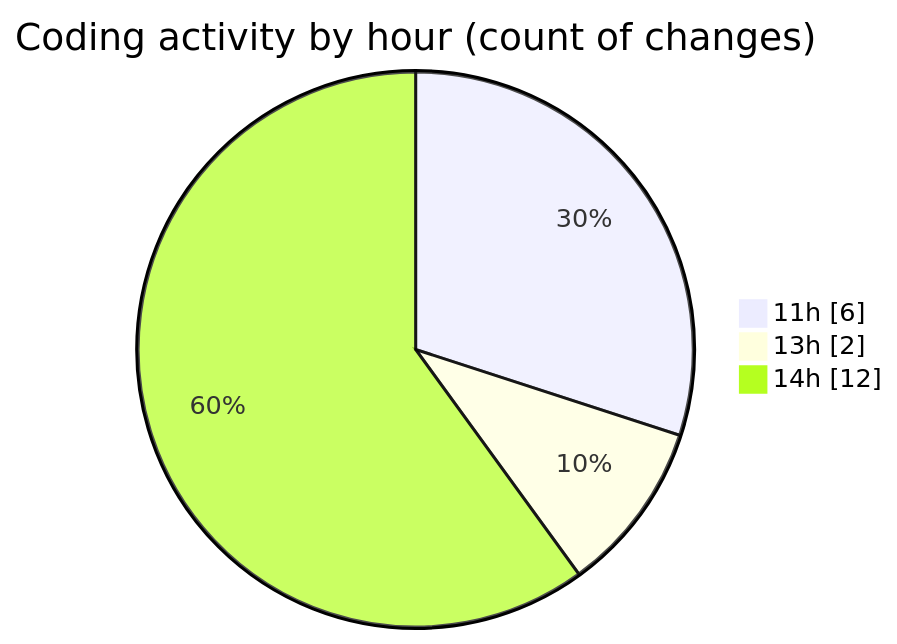
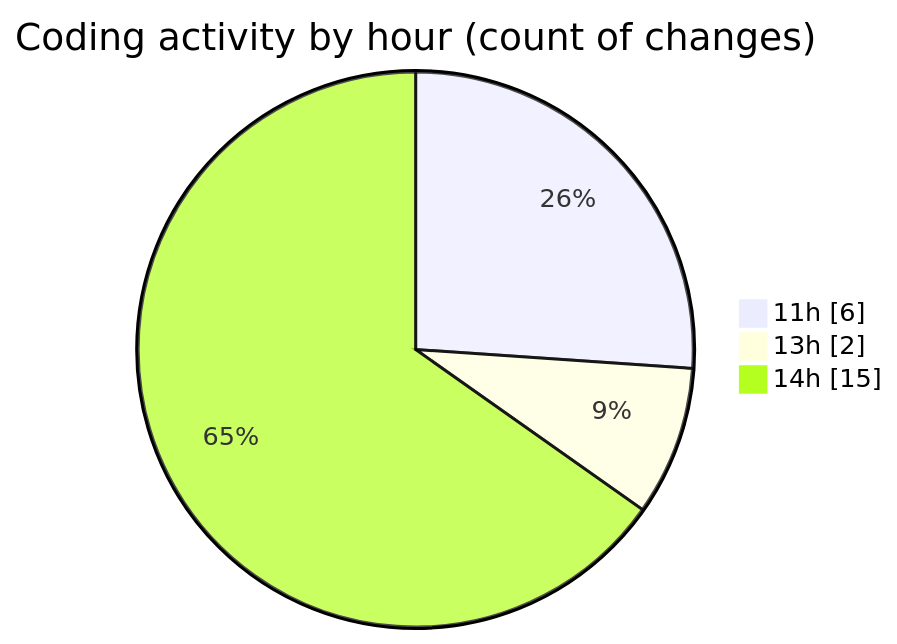
The second of 2 diagrams in 2025-06-07/nxtqube_webapp/README.md (nxtqubesakshisongat/code-tracking), drawn with Mermaid before and after one commit. The commit also changed other lines of this file and 1 other file, not shown here.

````diff
--- a/2025-06-07/nxtqube_webapp/README.md
+++ b/2025-06-07/nxtqube_webapp/README.md
@@ -31,7 +32,7 @@
 ```mermaid
 pie showData
 title Coding activity by hour (count of changes)
 "11h" : 6
 "13h" : 2
-"14h" : 12
+"14h" : 15
 ```
````
